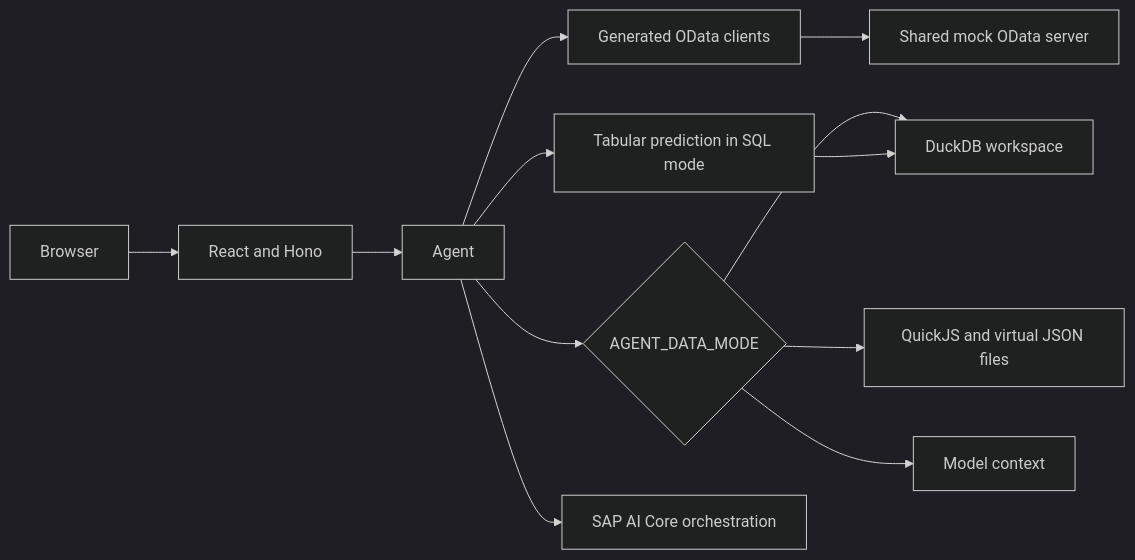
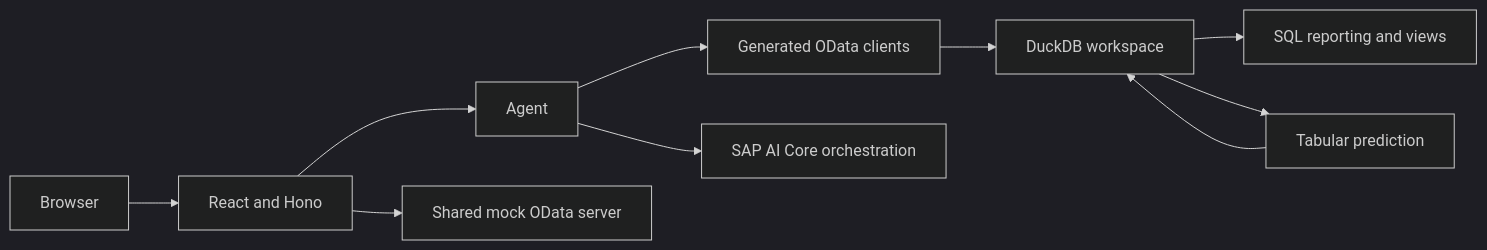
One commit to AlbertvanEngen/teched2026-RA160_2 changed the diagram in js-app/README.md. Above: the diagram before and after it, drawn with Mermaid (dark theme). The commit also changed other lines of this file and 16 other files, not shown here.

````diff
--- a/js-app/README.md
+++ b/js-app/README.md
@@ -51,14 +51,12 @@
 ```mermaid
 flowchart LR
     Browser --> Web[React and Hono]
     Web --> Agent
     Agent --> OData[Generated OData clients]
-    Agent --> Mode{AGENT_DATA_MODE}
-    Mode --> SQL[DuckDB workspace]
-    Mode --> QuickJS[QuickJS and virtual JSON files]
-    Mode --> Context[Model context]
-    Agent --> Prediction[Tabular prediction in SQL mode]
-    OData --> Mock[Shared mock OData server]
+    OData --> SQL[DuckDB workspace]
+    SQL --> Report[SQL reporting and views]
+    SQL --> Prediction[Tabular prediction]
     Prediction --> SQL
+    Web --> Mock[Shared mock OData server]
     Agent --> AI[SAP AI Core orchestration]
 ```
````
